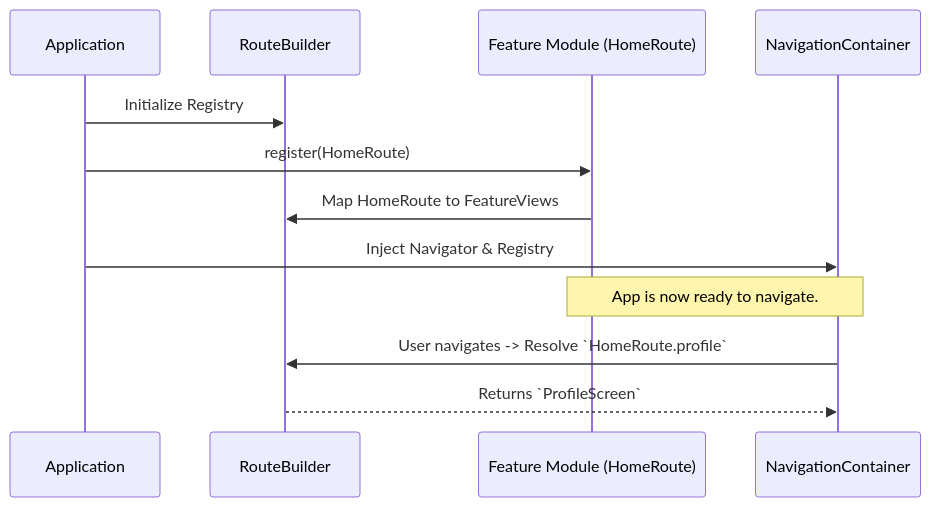
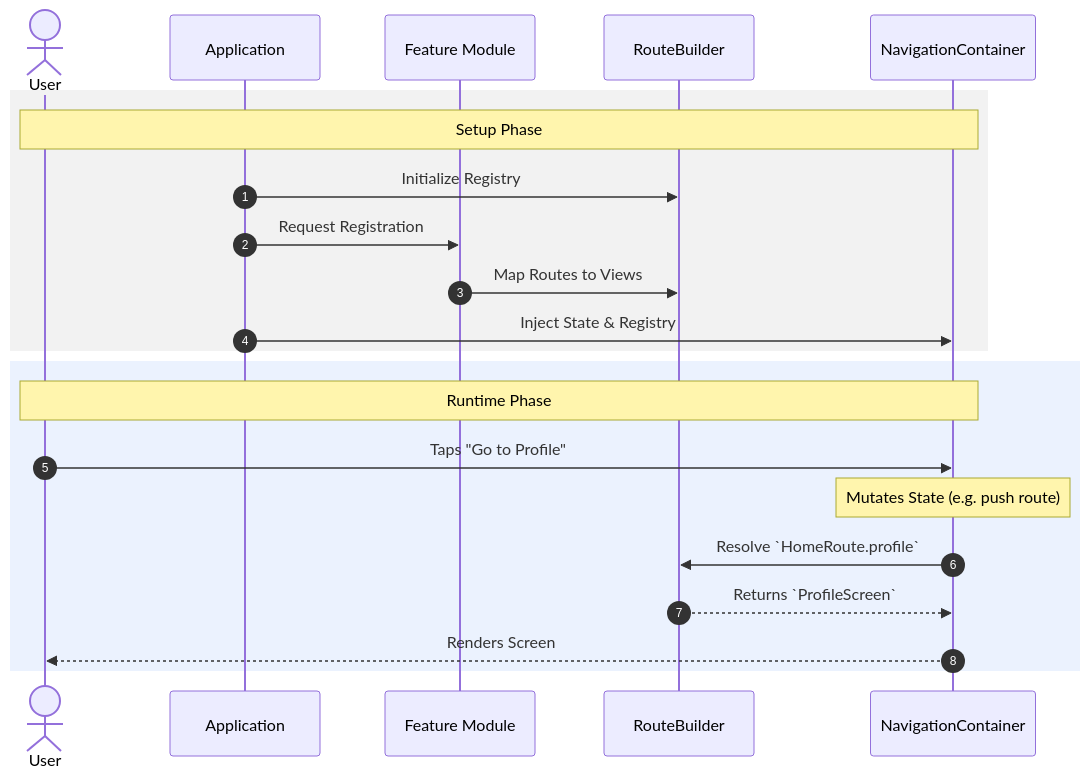
One commit to LinkAndreas/NavigationKit changed the second of 2 diagrams in README.md. Above: the diagram before and after it, drawn with Mermaid. The commit also changed other lines of this file and 2 other files, not shown here.

Commit message:
docs: Update architectural diagrams

````diff
--- a/README.md
+++ b/README.md
@@ -188,15 +222,26 @@
 ```mermaid
 sequenceDiagram
+    autonumber
+    actor User
     participant App as Application
+    participant Feature as Feature Module
     participant Builder as RouteBuilder
-    participant Feature as Feature Module (HomeRoute)
     participant Nav as NavigationContainer
     
-    App->>Builder: Initialize Registry
-    App->>Feature: register(HomeRoute)
-    Feature->>Builder: Map HomeRoute to FeatureViews
-    App->>Nav: Inject Navigator & Registry
-    Note over Nav, Feature: App is now ready to navigate.
-    Nav->>Builder: User navigates -> Resolve `HomeRoute.profile`
-    Builder-->>Nav: Returns `ProfileScreen`
+    rect rgba(128, 128, 128, 0.1)
+        Note over User, Nav: Setup Phase
+        App->>Builder: Initialize Registry
+        App->>Feature: Request Registration
+        Feature->>Builder: Map Routes to Views
+        App->>Nav: Inject State & Registry
+    end
+    
+    rect rgba(59, 130, 246, 0.1)
+        Note over User, Nav: Runtime Phase
+        User->>Nav: Taps "Go to Profile"
+        Note over Nav: Mutates State (e.g. push route)
+        Nav->>Builder: Resolve `HomeRoute.profile`
+        Builder-->>Nav: Returns `ProfileScreen`
+        Nav-->>User: Renders Screen
+    end
 ```
````
